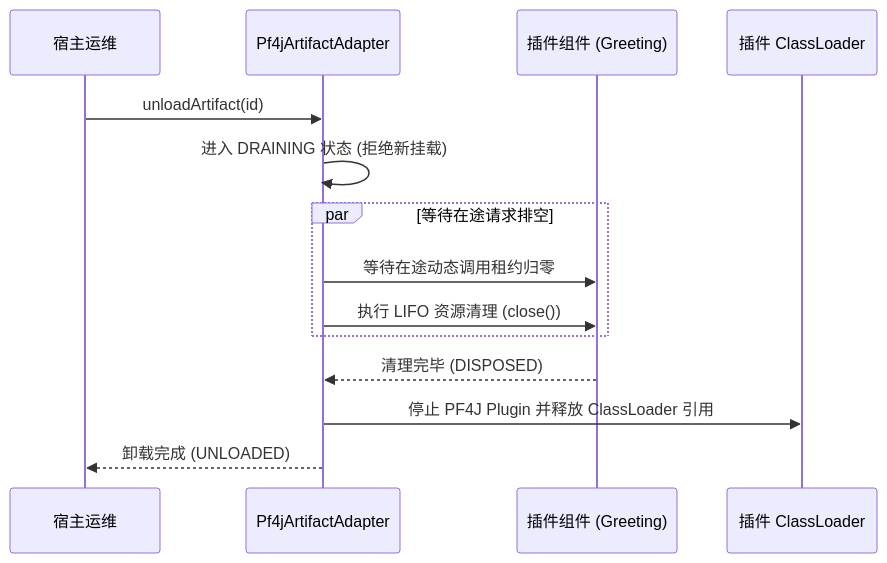
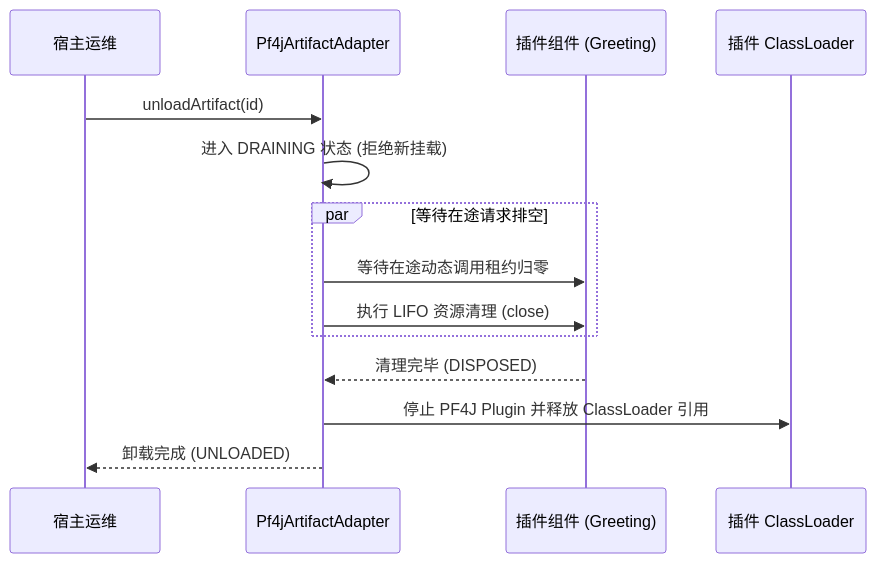
The second of 2 diagrams in docs/Knotra 插件工程化手册.md (fjay/knotra), drawn with Mermaid before and after one commit. The commit also changed other lines of this file and 7 other files, not shown here.

Commit message:
docs: 修复 Mermaid 图表语法并清理所有 emoji 表情

````diff
--- a/docs/Knotra 插件工程化手册.md
+++ b/docs/Knotra 插件工程化手册.md
@@ -260,19 +260,19 @@
 ```mermaid
 sequenceDiagram
     participant Host as 宿主运维
     participant Adapter as Pf4jArtifactAdapter
     participant Component as 插件组件 (Greeting)
     participant ClassLoader as 插件 ClassLoader
 
     Host->>Adapter: unloadArtifact(id)
     Adapter->>Adapter: 进入 DRAINING 状态 (拒绝新挂载)
 
     par 等待在途请求排空
         Adapter->>Component: 等待在途动态调用租约归零
-        Adapter->>Component: 执行 LIFO 资源清理 (close())
+        Adapter->>Component: 执行 LIFO 资源清理 (close)
     end
 
     Component-->>Adapter: 清理完毕 (DISPOSED)
     Adapter->>ClassLoader: 停止 PF4J Plugin 并释放 ClassLoader 引用
     Adapter-->>Host: 卸载完成 (UNLOADED)
 ```
````
